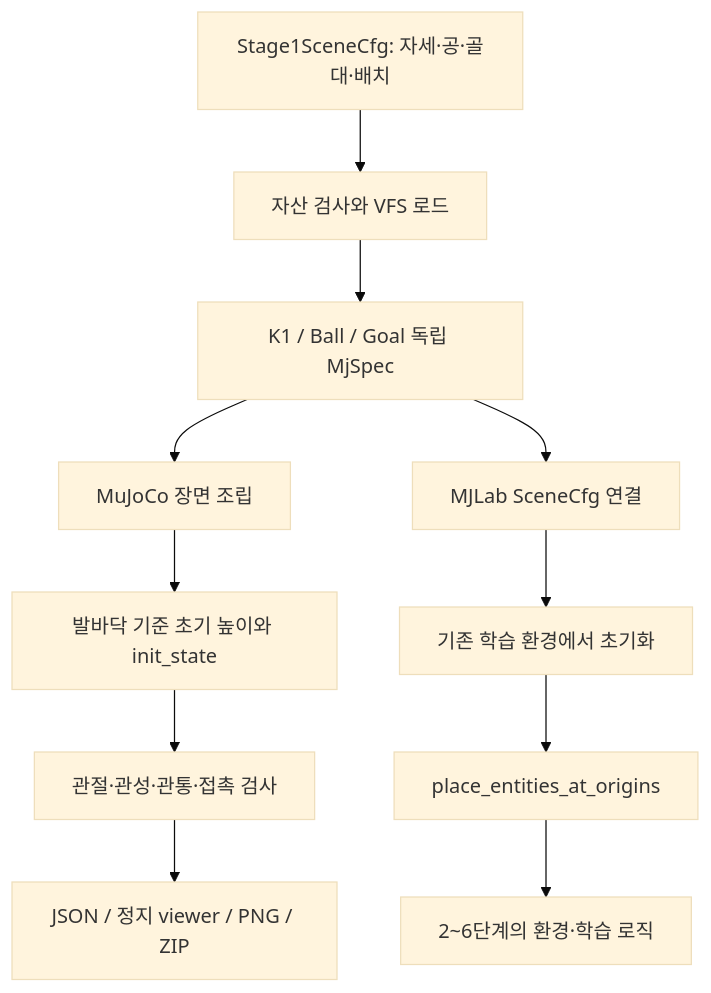
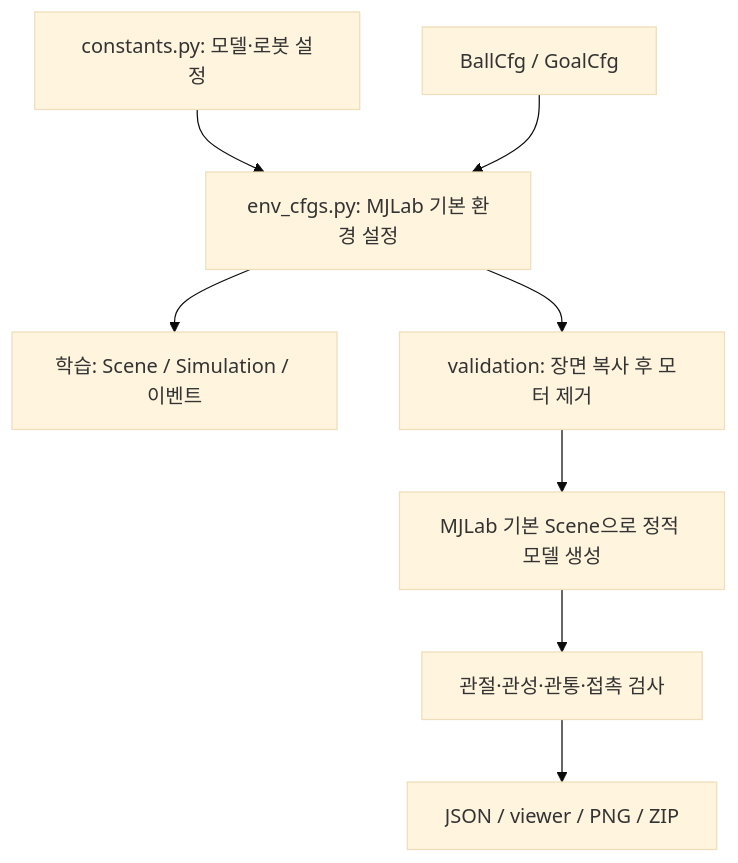
Before and after one commit to JaeWook-S/Humanoid-GoalKeeper-Motion: the diagram in docs/구현1단계.md, drawn with Mermaid (base theme). The commit also changed other lines of this file and 26 other files, not shown here.

````diff
--- a/docs/구현1단계.md
+++ b/docs/구현1단계.md
@@ -99,13 +89,10 @@
 ```mermaid
 flowchart TD
-    A[Stage1SceneCfg: 자세·공·골대·배치] --> B[자산 검사와 VFS 로드]
-    B --> C[K1 / Ball / Goal 독립 MjSpec]
-    C --> D[MuJoCo 장면 조립]
-    C --> E[MJLab SceneCfg 연결]
-    D --> F[발바닥 기준 초기 높이와 init_state]
+    A[constants.py: 모델·로봇 설정] --> B[env_cfgs.py: MJLab 기본 환경 설정]
+    C[BallCfg / GoalCfg] --> B
+    B --> D[학습: Scene / Simulation / 이벤트]
+    B --> E[validation: 장면 복사 후 모터 제거]
+    E --> F[MJLab 기본 Scene으로 정적 모델 생성]
     F --> G[관절·관성·관통·접촉 검사]
-    G --> H[JSON / 정지 viewer / PNG / ZIP]
-    E --> I[기존 학습 환경에서 초기화]
-    I --> J[place_entities_at_origins]
-    J --> K[2~6단계의 환경·학습 로직]
+    G --> H[JSON / viewer / PNG / ZIP]
 ```
````
